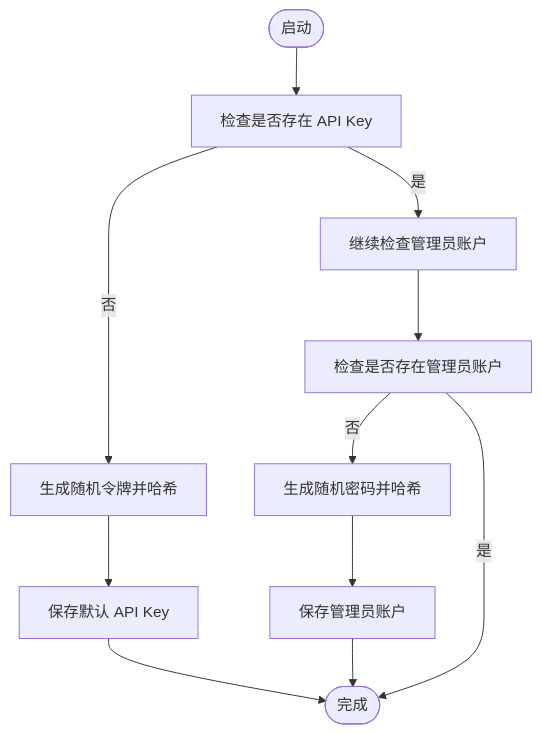
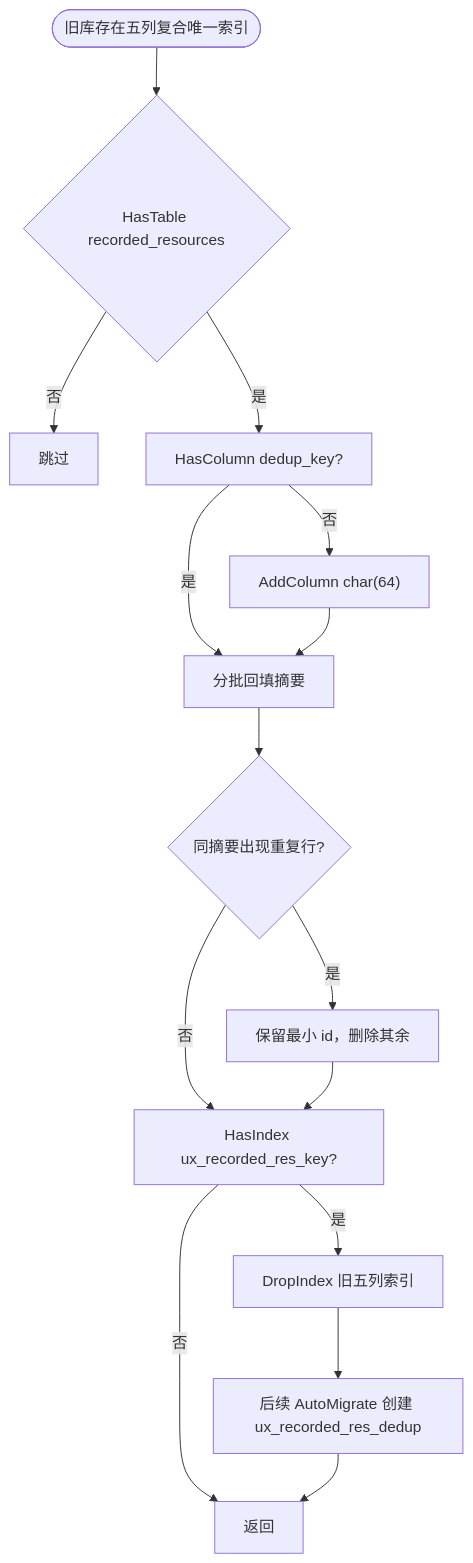
The third of 5 diagrams in docs/数据存储层/数据迁移管理.md (x01n/My-OpenWaf), drawn with Mermaid before and after one commit. The commit also changed other lines of this file and 622 other files, not shown here.

````diff
--- a/docs/数据存储层/数据迁移管理.md
+++ b/docs/数据存储层/数据迁移管理.md
@@ -231,13 +352,17 @@
 ```mermaid
 flowchart TD
-S(["启动"]) --> CheckAK["检查是否存在 API Key"]
-CheckAK --> |否| GenTok["生成随机令牌并哈希"]
-GenTok --> SaveAK["保存默认 API Key"]
-CheckAK --> |是| NextAcc["继续检查管理员账户"]
-NextAcc --> CheckAcc["检查是否存在管理员账户"]
-CheckAcc --> |否| GenPwd["生成随机密码并哈希"]
-GenPwd --> SaveAcc["保存管理员账户"]
-CheckAcc --> |是| Done(["完成"])
-SaveAK --> Done
-SaveAcc --> Done
+A(["旧库存在五列复合唯一索引"]) --> B{"HasTable recorded_resources"}
+B -->|否| Z["跳过"]
+B -->|是| C["HasColumn dedup_key?"]
+C -->|否| D["AddColumn char(64)"]
+C -->|是| E["分批回填摘要"]
+D --> E
+E --> F{"同摘要出现重复行?"}
+F -->|是| G["保留最小 id，删除其余"]
+F -->|否| H["HasIndex ux_recorded_res_key?"]
+G --> H
+H -->|是| I["DropIndex 旧五列索引"]
+H -->|否| J["返回"]
+I --> K["后续 AutoMigrate 创建 ux_recorded_res_dedup"]
+K --> J
 ```
````
